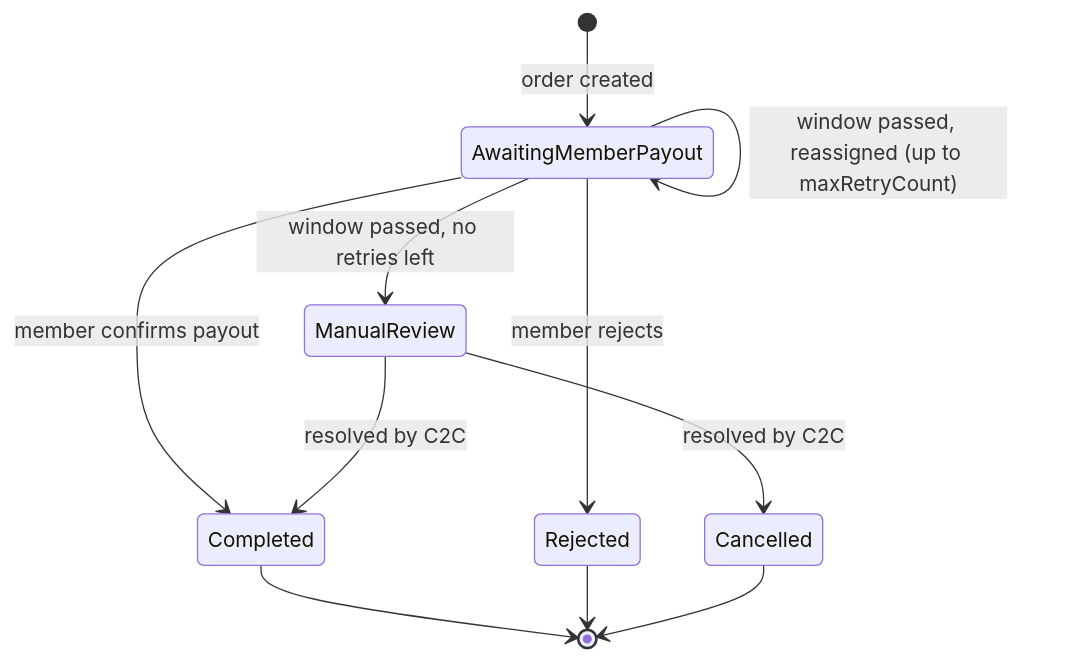
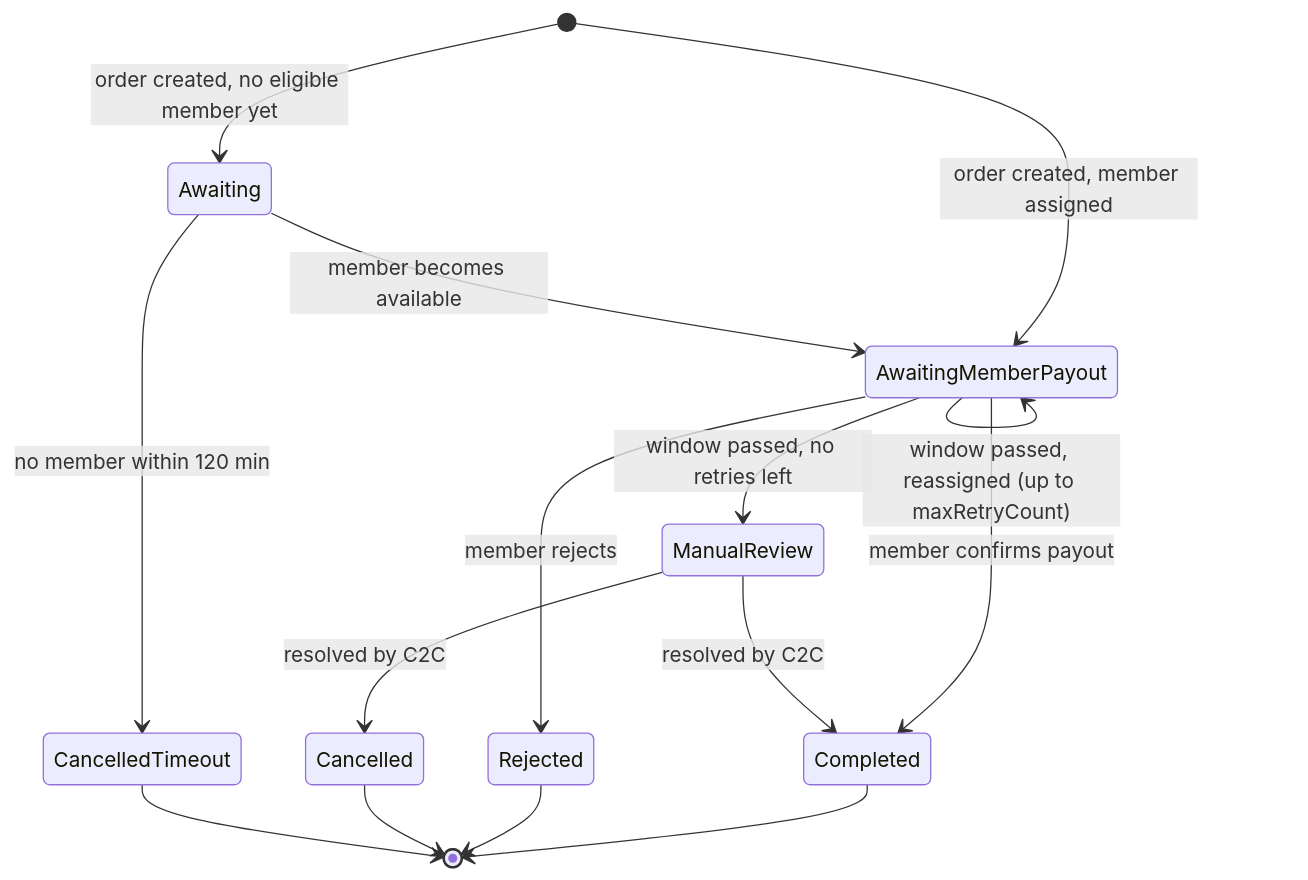
One commit to harisnaseer191/c2c-mintlify-docs changed the second of 2 diagrams in guides/withdrawal-flow.mdx. Above: the diagram before and after it, drawn with Mermaid. The commit also changed other lines of this file and 15 other files, not shown here.

First line of the commit message:
Document order lifecycle, Awaiting queue and webhook delivery changes (#2)

````diff
--- a/guides/withdrawal-flow.mdx
+++ b/guides/withdrawal-flow.mdx
@@ -67,13 +73,17 @@
 ```mermaid
 stateDiagram-v2
-    [*] --> AwaitingMemberPayout: order created
+    [*] --> AwaitingMemberPayout: order created, member assigned
+    [*] --> Awaiting: order created, no eligible member yet
+    Awaiting --> AwaitingMemberPayout: member becomes available
+    Awaiting --> CancelledTimeout: no member within 120 min
     AwaitingMemberPayout --> AwaitingMemberPayout: window passed, reassigned (up to maxRetryCount)
     AwaitingMemberPayout --> Completed: member confirms payout
     AwaitingMemberPayout --> Rejected: member rejects
     AwaitingMemberPayout --> ManualReview: window passed, no retries left
     ManualReview --> Completed: resolved by C2C
     ManualReview --> Cancelled: resolved by C2C
     Completed --> [*]
     Rejected --> [*]
     Cancelled --> [*]
+    CancelledTimeout --> [*]
 ```
````
